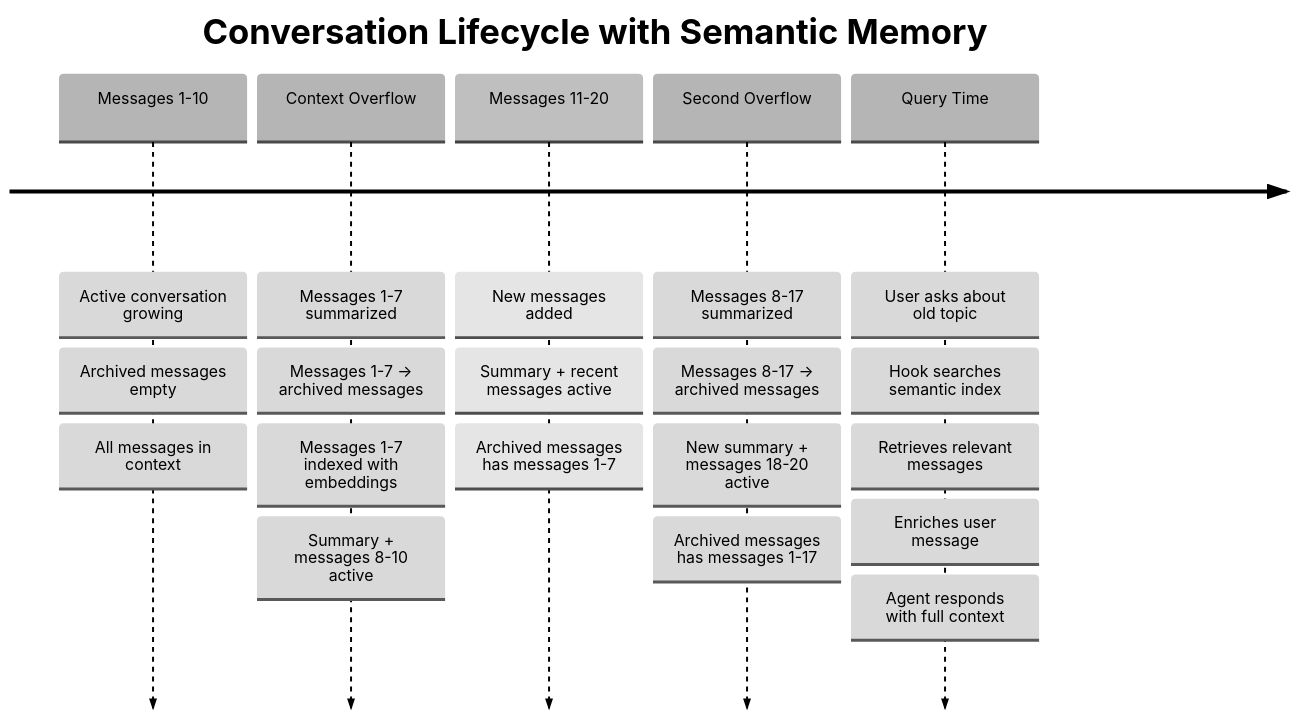
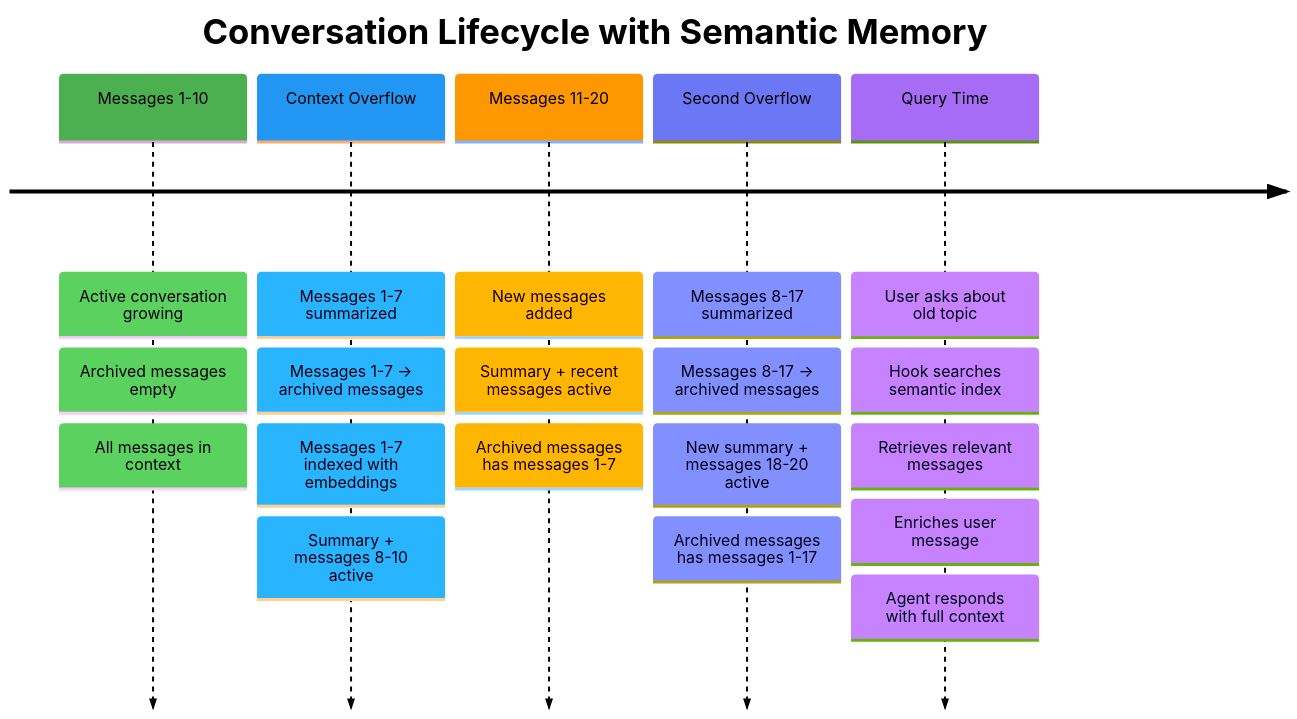
The third of 5 diagrams in README.md (danilop/strands-agents-semantic-summarizing-conversation-manager), drawn with Mermaid before and after one commit.

Commit message:
Fix grey timeline diagram with proper colors
- Changed timeline primary color from grey to light blue (#E3F2FD)
- Added color scale variables for timeline sections
- Green for normal message flow, blue for processing, orange for overflow events
- Timeline now matches the overall colorful design theme

````diff
--- a/README.md
+++ b/README.md
@@ -253,29 +253,29 @@
 ```mermaid
-%%{init: {"theme": "base", "themeVariables": {"primaryColor": "#F5F5F5", "primaryTextColor": "#000", "primaryBorderColor": "#9E9E9E", "lineColor": "#2196F3"}}}%%
+%%{init: {"theme": "base", "themeVariables": {"primaryColor": "#E3F2FD", "primaryTextColor": "#000", "primaryBorderColor": "#1976D2", "lineColor": "#2196F3", "cScale0": "#4CAF50", "cScale1": "#2196F3", "cScale2": "#FF9800"}}}%%
 timeline
     title Conversation Lifecycle with Semantic Memory
 
     Messages 1-10 : Active conversation growing
                   : Archived messages empty
                   : All messages in context
 
     Context Overflow : Messages 1-7 summarized
                      : Messages 1-7 → archived messages
                      : Messages 1-7 indexed with embeddings
                      : Summary + messages 8-10 active
 
     Messages 11-20 : New messages added
                    : Summary + recent messages active
                    : Archived messages has messages 1-7
 
     Second Overflow : Messages 8-17 summarized
                     : Messages 8-17 → archived messages
                     : New summary + messages 18-20 active
                     : Archived messages has messages 1-17
 
     Query Time : User asks about old topic
                : Hook searches semantic index
                : Retrieves relevant messages
                : Enriches user message
                : Agent responds with full context
 ```
````
